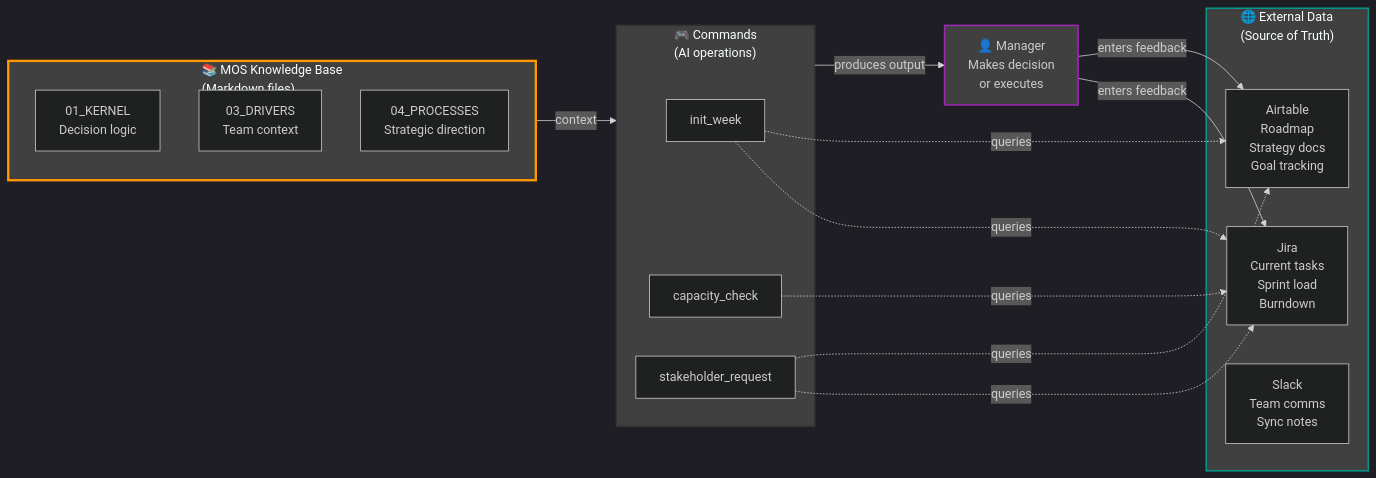
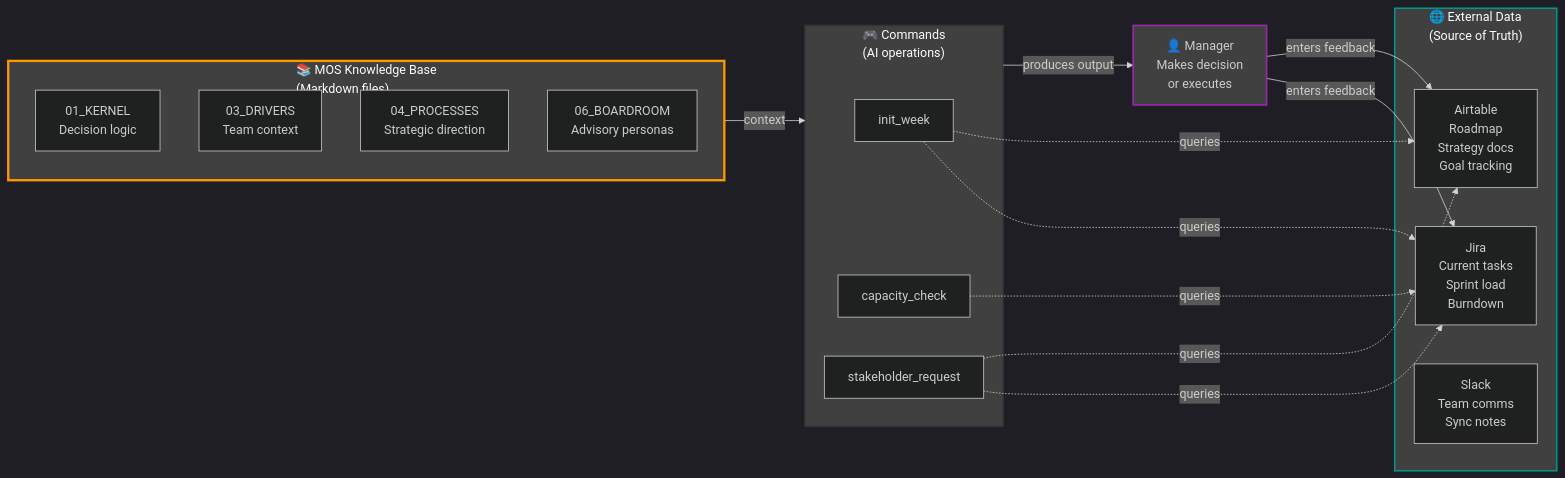
Before and after one commit to daviddgl/manager-operating-system: the fourth of 6 diagrams in ARCHITECTURE.md, drawn with Mermaid. The commit also changed other lines of this file and 10 other files, not shown here.

````diff
--- a/ARCHITECTURE.md
+++ b/ARCHITECTURE.md
@@ -182,39 +194,40 @@
 ```mermaid
 %%{init: {'theme':'dark'}}%%
 graph LR
     subgraph MOS["📚 MOS Knowledge Base<br/>(Markdown files)"]
         M1["01_KERNEL<br/>Decision logic"]
         M2["03_DRIVERS<br/>Team context"]
         M3["04_PROCESSES<br/>Strategic direction"]
+        M4["06_BOARDROOM<br/>Advisory personas"]
     end
     
     subgraph CMD["🎮 Commands<br/>(AI operations)"]
         C1["init_week"]
         C2["capacity_check"]
         C3["stakeholder_request"]
     end
     
     MOS -->|context| CMD
     
     subgraph EXT["🌐 External Data<br/>(Source of Truth)"]
         J["Jira<br/>Current tasks<br/>Sprint load<br/>Burndown"]
         A["Airtable<br/>Roadmap<br/>Strategy docs<br/>Goal tracking"]
         S["Slack<br/>Team comms<br/>Sync notes"]
     end
     
     C1 -.->|queries| J
     C1 -.->|queries| A
     C2 -.->|queries| J
     C3 -.->|queries| J
     C3 -.->|queries| A
     
     CMD -->|produces output| USER["👤 Manager<br/>Makes decision<br/>or executes"]
     
     USER -->|enters feedback| J
     USER -->|enters feedback| A
     
     style MOS fill:#404040,stroke:#ff9800,stroke-width:3px
     style CMD fill:#404040,stroke:#333,stroke-width:2px
     style EXT fill:#404040,stroke:#009688,stroke-width:2px
     style USER fill:#404040,stroke:#9c27b0,stroke-width:2px
 ```
````
